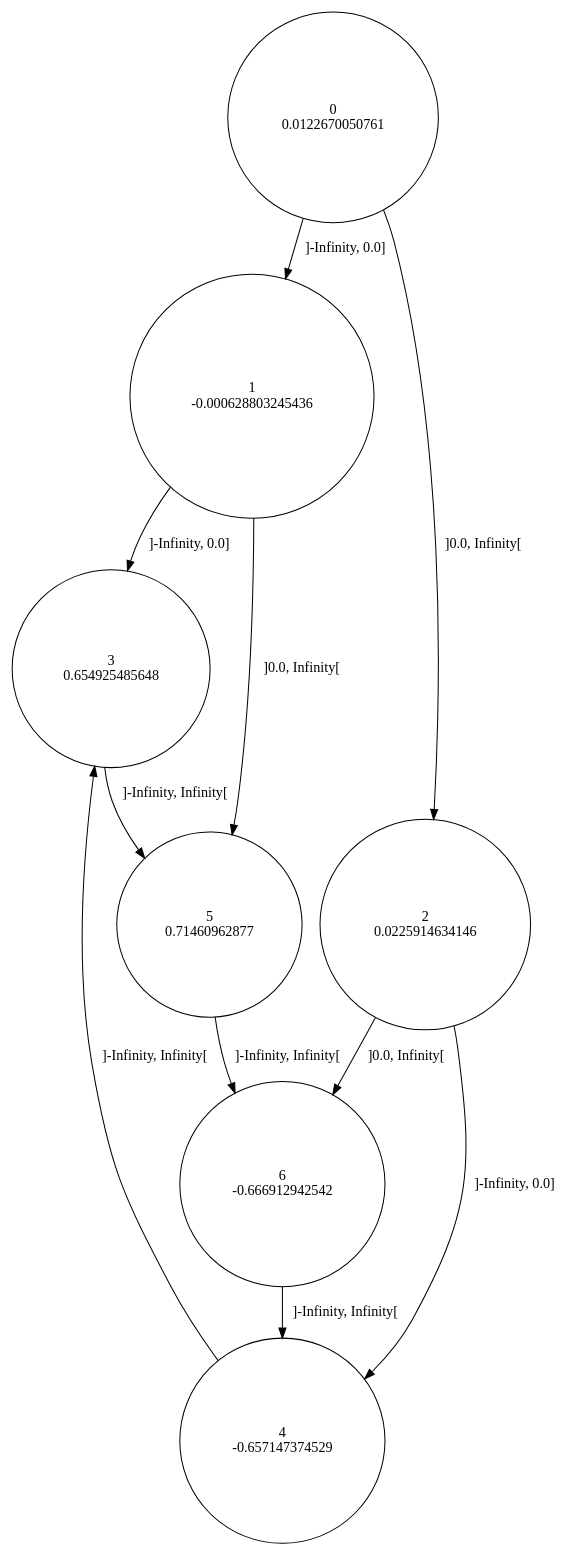
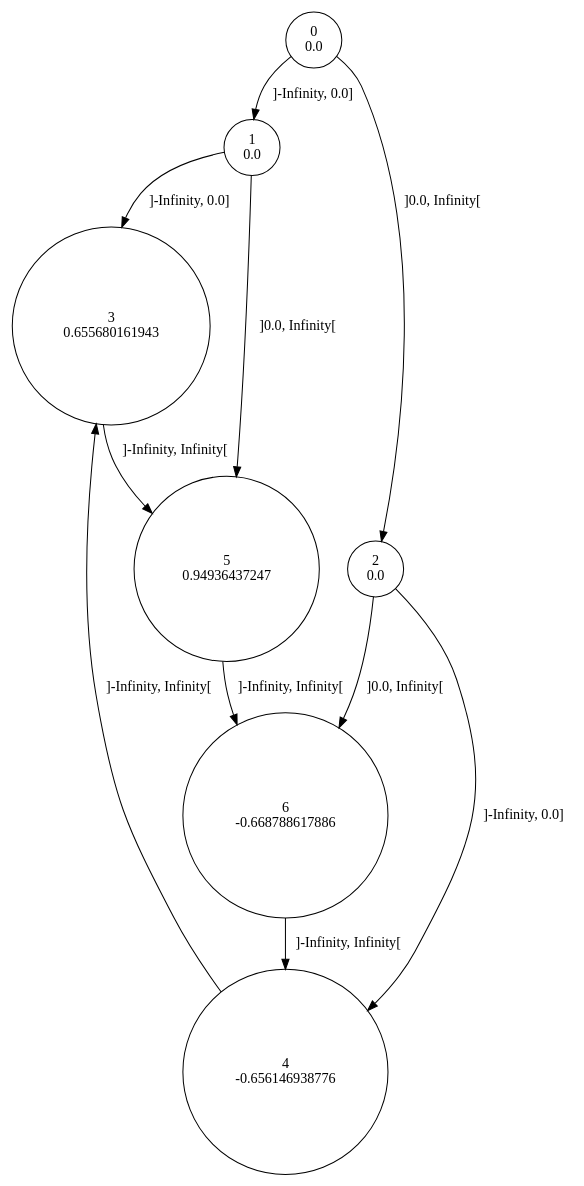
The diagram in distorced_sinus_1/data/0/rtisy.dot (gllpellegrino/RAI_experiments), drawn with Graphviz before and after one commit. The commit also changed 148 other files, not shown here.

```diff
--- a/distorced_sinus_1/data/0/rtisy.dot
+++ b/distorced_sinus_1/data/0/rtisy.dot
@@ -1,19 +1,19 @@
 digraph a {
-0 [shape=circle, label="0\n0.0122670050761"];
+0 [shape=circle, label="0\n0.0"];
 	0 -> 1 [label="]-Infinity, 0.0]"];
 	0 -> 2 [label="]0.0, Infinity["];
-1 [shape=circle, label="1\n-0.000628803245436"];
+1 [shape=circle, label="1\n0.0"];
 	1 -> 3 [label="]-Infinity, 0.0]"];
 	1 -> 5 [label="]0.0, Infinity["];
-2 [shape=circle, label="2\n0.0225914634146"];
+2 [shape=circle, label="2\n0.0"];
 	2 -> 4 [label="]-Infinity, 0.0]"];
 	2 -> 6 [label="]0.0, Infinity["];
-3 [shape=circle, label="3\n0.654925485648"];
+3 [shape=circle, label="3\n0.655680161943"];
 	3 -> 5 [label="]-Infinity, Infinity["];
-4 [shape=circle, label="4\n-0.657147374529"];
+4 [shape=circle, label="4\n-0.656146938776"];
 	4 -> 3 [label="]-Infinity, Infinity["];
-5 [shape=circle, label="5\n0.71460962877"];
+5 [shape=circle, label="5\n0.94936437247"];
 	5 -> 6 [label="]-Infinity, Infinity["];
-6 [shape=circle, label="6\n-0.666912942542"];
+6 [shape=circle, label="6\n-0.668788617886"];
 	6 -> 4 [label="]-Infinity, Infinity["];
 }
```
